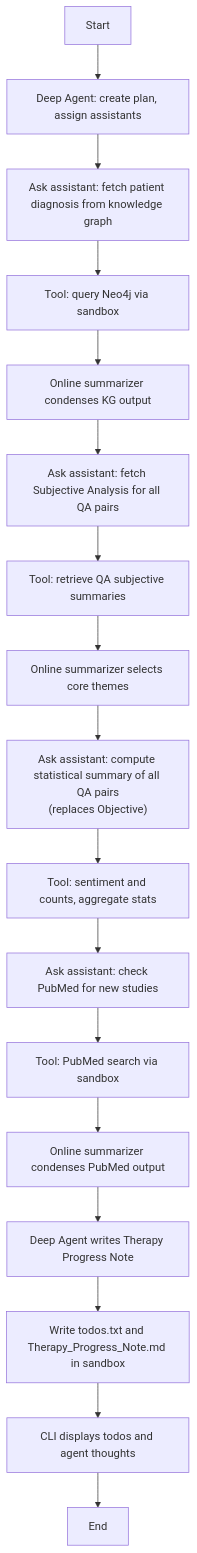
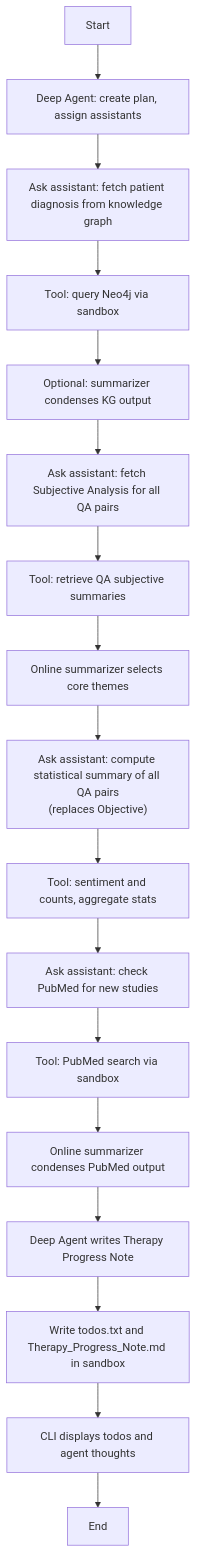
Before and after one commit to David-Barnes-Data-Imaginations/persona-forge-langgraph: the fourth of 7 diagrams in README.md, drawn with Mermaid.

Commit message:
readme update

````diff
--- a/README.md
+++ b/README.md
@@ -376,22 +376,22 @@
 ```mermaid
 flowchart TD
     Start["Start"]
     Plan["Deep Agent: create plan, assign assistants"]
     Step1["Ask assistant: fetch patient diagnosis from knowledge graph"]
     KGQ["Tool: query Neo4j via sandbox"]
-    KGSum["Online summarizer condenses KG output"]
+    KGSum["Optional: summarizer condenses KG output"]
     Step2["Ask assistant: fetch Subjective Analysis for all QA pairs"]
     SubjQ["Tool: retrieve QA subjective summaries"]
     SubjSum["Online summarizer selects core themes"]
     Step3["Ask assistant: compute statistical summary of all QA pairs\n(replaces Objective)"]
     Stats["Tool: sentiment and counts, aggregate stats"]
     Step4["Ask assistant: check PubMed for new studies"]
     PubQ["Tool: PubMed search via sandbox"]
     PubSum["Online summarizer condenses PubMed output"]
     Step5["Deep Agent writes Therapy Progress Note"]
     Files["Write todos.txt and Therapy_Progress_Note.md in sandbox"]
     CLI["CLI displays todos and agent thoughts"]
     End["End"]
 
     Start --> Plan --> Step1 --> KGQ --> KGSum --> Step2 --> SubjQ --> SubjSum --> Step3 --> Stats --> Step4 --> PubQ --> PubSum --> Step5 --> Files --> CLI --> End
 ```
````
